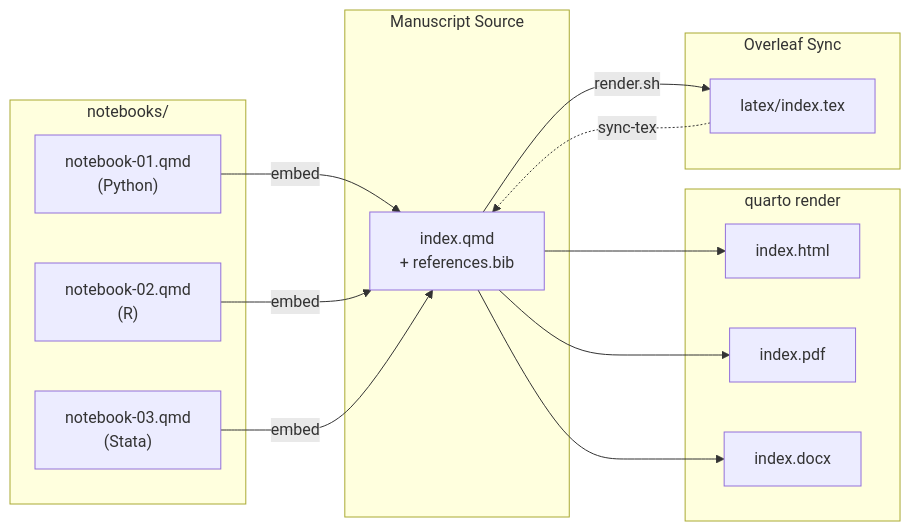
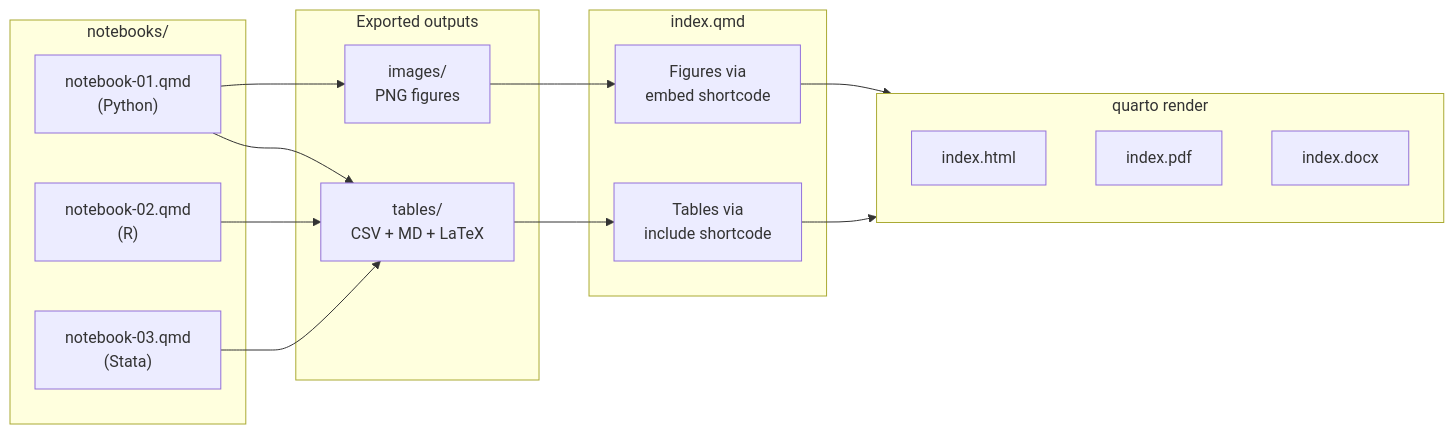
The first of 3 diagrams in README.md (quarcs-lab/project20XXy), drawn with Mermaid before and after one commit. The commit also changed other lines of this file and 54 other files, not shown here.

First line of the commit message:
Redesign notebooks as panel data tutorials with professional tables and figures

````diff
--- a/README.md
+++ b/README.md
@@ -44,31 +44,33 @@
 ```mermaid
 flowchart LR
     subgraph Notebooks ["notebooks/"]
         NB1["notebook-01.qmd<br/>(Python)"]
         NB2["notebook-02.qmd<br/>(R)"]
         NB3["notebook-03.qmd<br/>(Stata)"]
     end
 
-    subgraph Manuscript ["Manuscript Source"]
-        QMD["index.qmd<br/>+ references.bib"]
+    subgraph Exports ["Exported outputs"]
+        IMG["images/<br/>PNG figures"]
+        TBL["tables/<br/>CSV + MD + LaTeX"]
     end
 
-    subgraph Render ["quarto render"]
+    subgraph Manuscript ["index.qmd"]
+        EMB["Figures via<br/>embed shortcode"]
+        INC["Tables via<br/>include shortcode"]
+    end
+
+    subgraph Output ["quarto render"]
         HTML["index.html"]
         PDF["index.pdf"]
         DOCX["index.docx"]
     end
 
-    subgraph Overleaf ["Overleaf Sync"]
-        TEX["latex/index.tex"]
-    end
-
-    NB1 -- embed --> QMD
-    NB2 -- embed --> QMD
-    NB3 -- embed --> QMD
-    QMD --> HTML
-    QMD --> PDF
-    QMD --> DOCX
-    QMD -- render.sh --> TEX
-    TEX -. sync-tex .-> QMD
+    NB1 --> IMG
+    NB1 --> TBL
+    NB2 --> TBL
+    NB3 --> TBL
+    IMG --> EMB
+    TBL --> INC
+    EMB --> Output
+    INC --> Output
 ```
````
